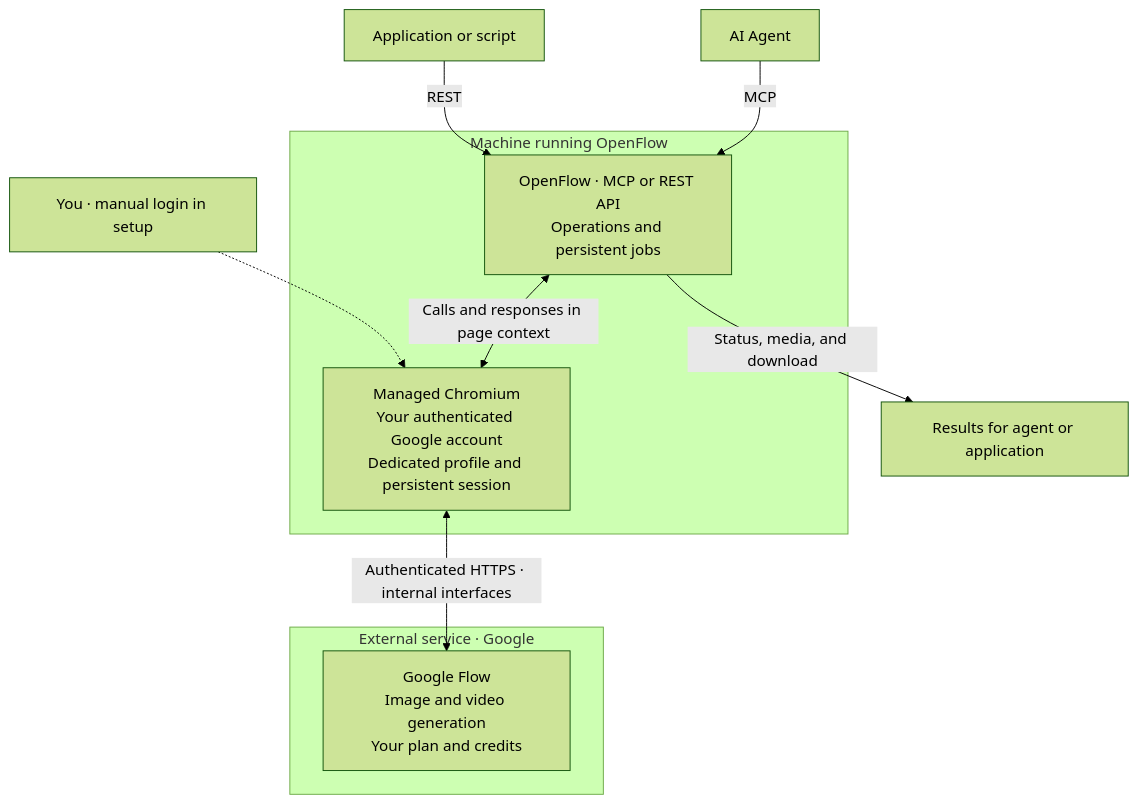
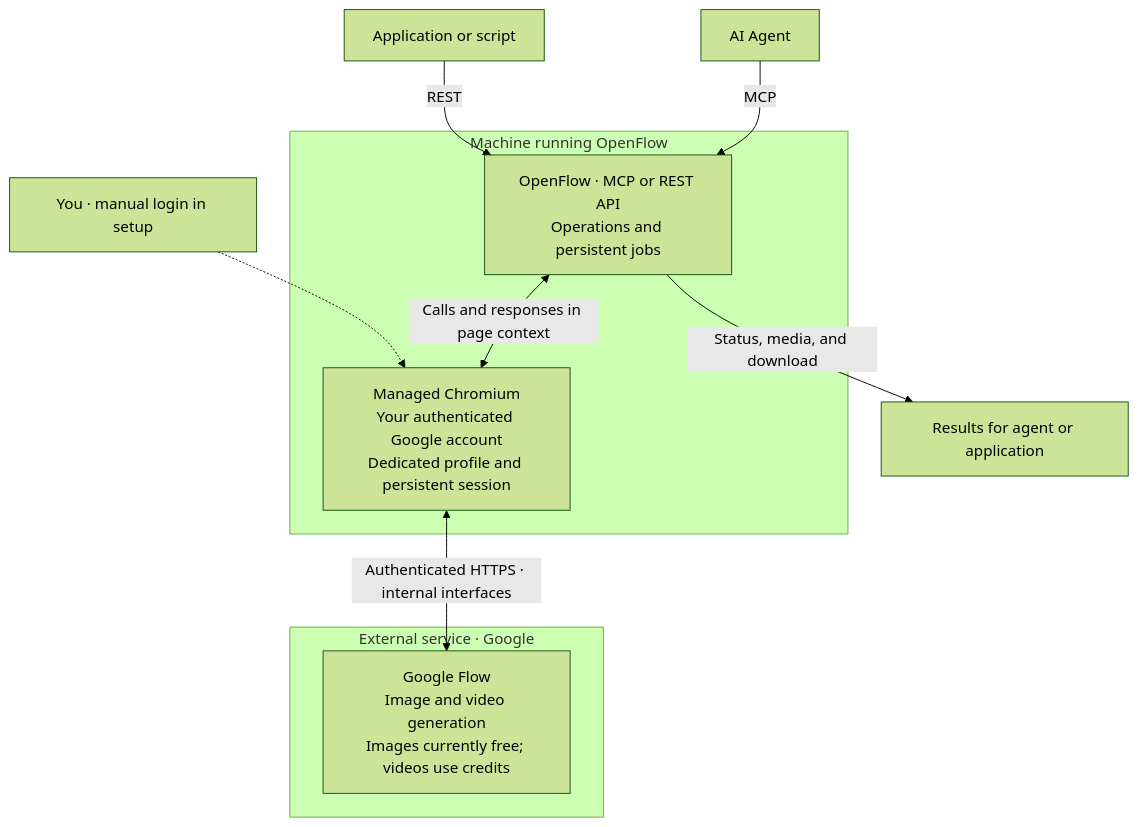
One commit to codexfast/openflow changed the diagram in README.md. Above: the diagram before and after it, drawn with Mermaid (forest theme). The commit also changed other lines of this file and 10 other files, not shown here.

First line of the commit message:
docs: showcase Nano Banana 2.1 outputs and clarify free image generation (#18)

````diff
--- a/README.md
+++ b/README.md
@@ -138,20 +164,20 @@
 ```mermaid
 flowchart TB
     agent["AI Agent"] -->|MCP| server
     app["Application or script"] -->|REST| server
 
     subgraph host["Machine running OpenFlow"]
         server["OpenFlow · MCP or REST API<br/>Operations and persistent jobs"]
         browser["Managed Chromium<br/>Your authenticated Google account<br/>Dedicated profile and persistent session"]
         server <-->|"Calls and responses in page context"| browser
     end
 
     person["You · manual login in setup"] -.-> browser
 
     subgraph google["External service · Google"]
-        flow["Google Flow<br/>Image and video generation<br/>Your plan and credits"]
+        flow["Google Flow<br/>Image and video generation<br/>Images currently free; videos use credits"]
     end
 
     browser <-->|"Authenticated HTTPS · internal interfaces"| flow
     server -->|"Status, media, and download"| result["Results for agent or application"]
 ```
````
